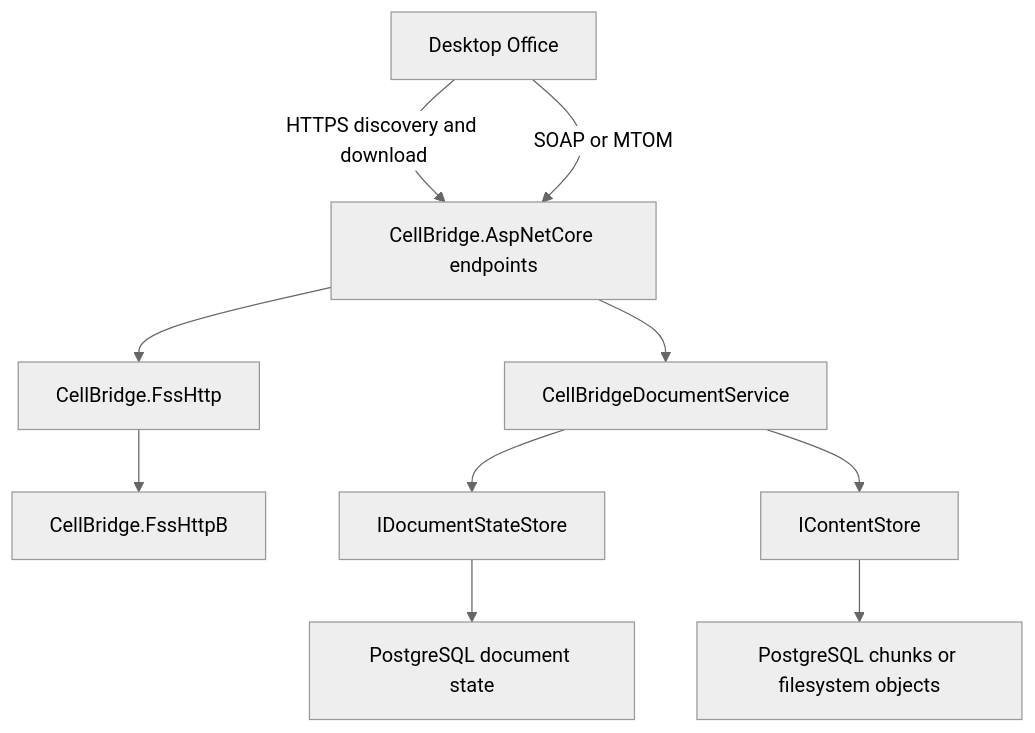
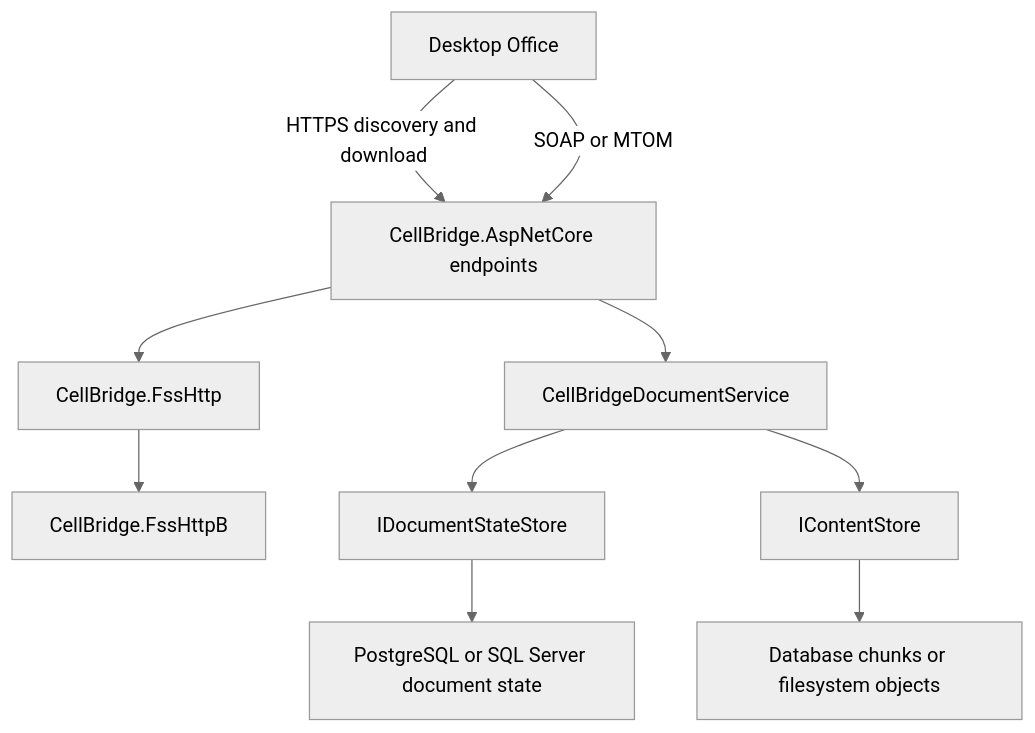
Before and after one commit to PatrickMatthiesen/cellbridge: the diagram in docs/architecture.md, drawn with Mermaid (neutral theme). The commit also changed other lines of this file and 17 other files, not shown here.

Commit message:
Package SQL Server providers and verify independent NuGet consumers

````diff
--- a/docs/architecture.md
+++ b/docs/architecture.md
@@ -10,12 +10,12 @@
 ```mermaid
 flowchart TD
     Office[Desktop Office] -->|HTTPS discovery and download| Host[CellBridge.AspNetCore endpoints]
     Office -->|SOAP or MTOM| Host
     Host --> Soap[CellBridge.FssHttp]
     Soap --> Binary[CellBridge.FssHttpB]
     Host --> Service[CellBridgeDocumentService]
     Service --> State[IDocumentStateStore]
     Service --> Content[IContentStore]
-    State --> PostgreSQL[PostgreSQL document state]
-    Content --> Blobs[PostgreSQL chunks or filesystem objects]
+    State --> Database[PostgreSQL or SQL Server document state]
+    Content --> Blobs[Database chunks or filesystem objects]
 ```
````
